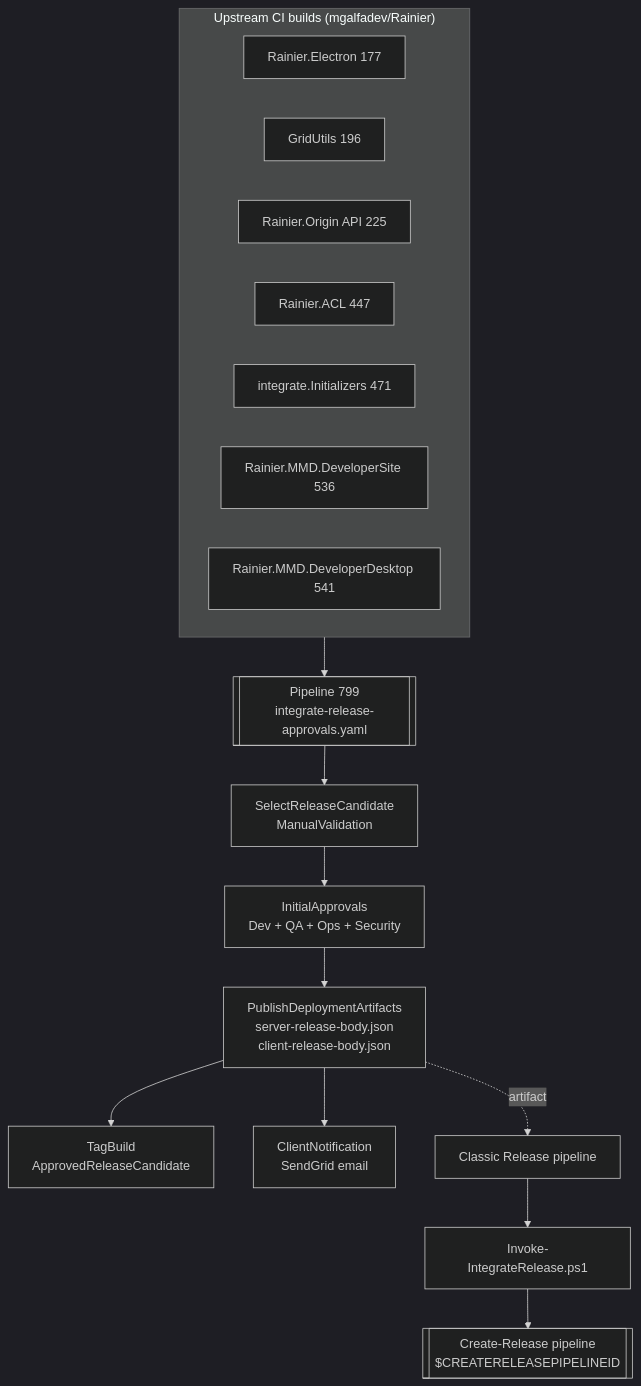
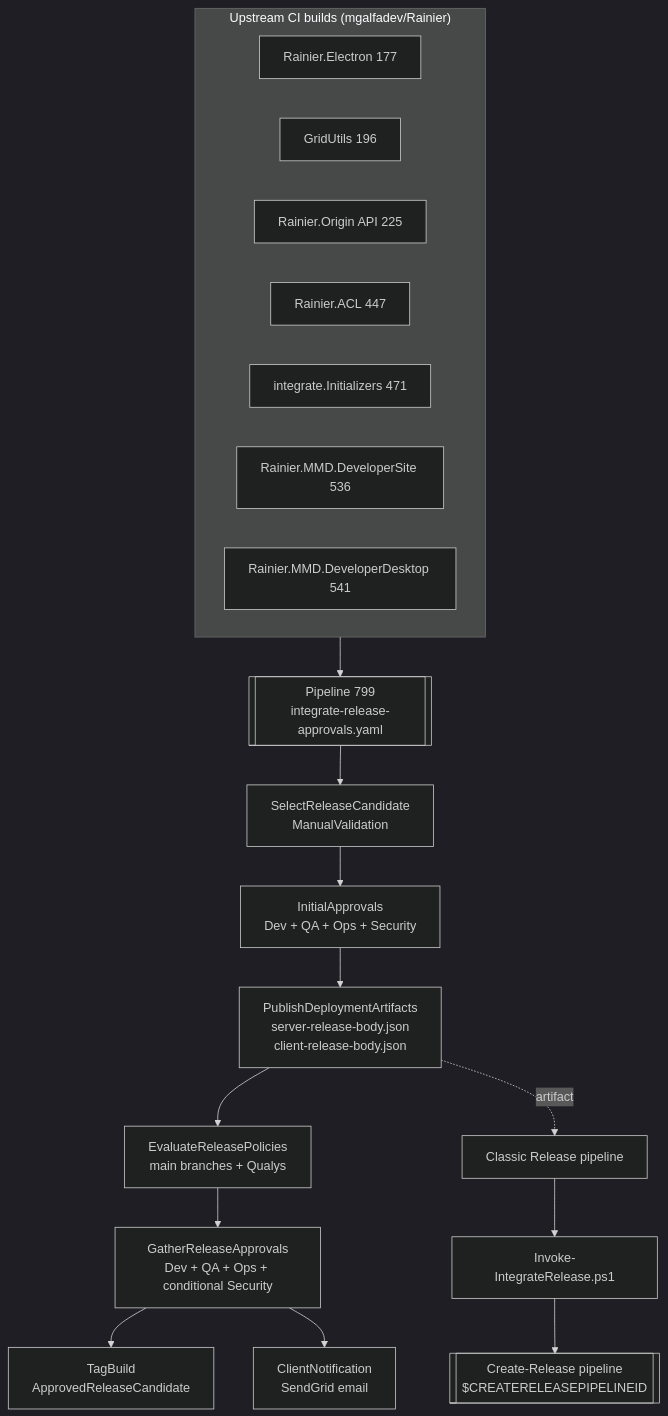
Before and after one commit to will-milliman/software-kms: the diagram in kms/rainier.releases/architecture.md, drawn with Mermaid (dark theme). The commit also changed other lines of this file and 21 other files, not shown here.

````diff
--- a/kms/rainier.releases/architecture.md
+++ b/kms/rainier.releases/architecture.md
@@ -5,24 +5,26 @@
 ```mermaid
 flowchart TD
     subgraph Upstream["Upstream CI builds (mgalfadev/Rainier)"]
         E[Rainier.Electron 177]
         G[GridUtils 196]
         O[Rainier.Origin API 225]
         A[Rainier.ACL 447]
         I[integrate.Initializers 471]
         DS[Rainier.MMD.DeveloperSite 536]
         DD[Rainier.MMD.DeveloperDesktop 541]
     end
 
     Upstream --> P799[["Pipeline 799<br/>integrate-release-approvals.yaml"]]
 
     P799 --> S1[SelectReleaseCandidate<br/>ManualValidation]
     S1 --> S2[InitialApprovals<br/>Dev + QA + Ops + Security]
     S2 --> S3[PublishDeploymentArtifacts<br/>server-release-body.json<br/>client-release-body.json]
-    S3 --> S4[TagBuild<br/>ApprovedReleaseCandidate]
-    S3 --> S5[ClientNotification<br/>SendGrid email]
+    S3 --> POL[EvaluateReleasePolicies<br/>main branches + Qualys]
+    POL --> S4[GatherReleaseApprovals<br/>Dev + QA + Ops + conditional Security]
+    S4 --> S5[TagBuild<br/>ApprovedReleaseCandidate]
+    S4 --> S6[ClientNotification<br/>SendGrid email]
 
     S3 -.artifact.-> CR[Classic Release pipeline]
     CR --> IIR[Invoke-IntegrateRelease.ps1]
     IIR --> CRP[[Create-Release pipeline<br/>$CREATERELEASEPIPELINEID]]
 ```
````
